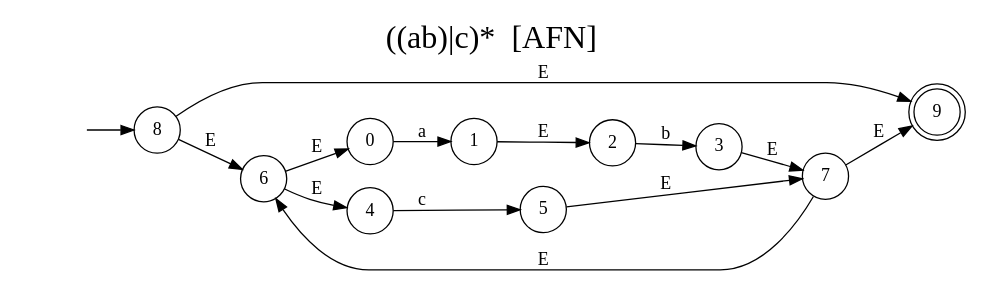
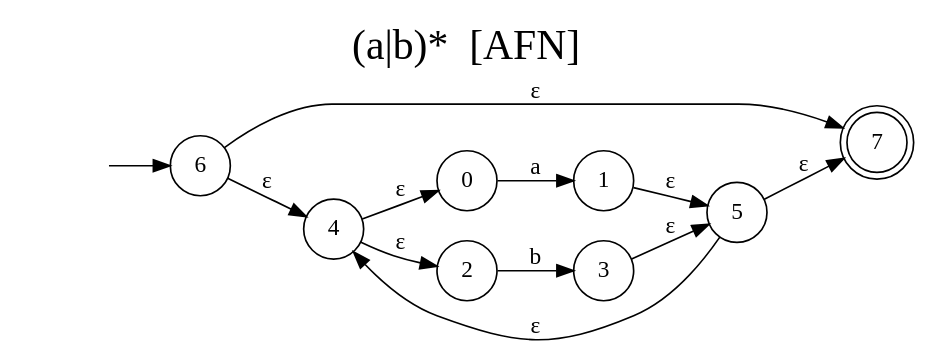
The diagram in docs/automataAFN.dot (CrisLayB/ProgrammingLanguageDesign), drawn with Graphviz before and after one commit. The commit also changed 12 other files, not shown here.

```diff
--- a/docs/automataAFN.dot
+++ b/docs/automataAFN.dot
@@ -1,26 +1,24 @@
 digraph "Resultado Automata AFN" {
-label = "((ab)|c)*  [AFN]"
+label = "(a|b)*  [AFN]"
 labelloc  =  t
 fontsize  = 25
 rankdir=LR size="8,5"
 node [shape=doublecircle]
-9
+7
 node [shape=circle]
-8
+6
 node [shape=none]
 ""
-""-> 8 [label=""]
+""-> 6 [label=""]
 node [shape=circle]
 0 -> 1[label="a"]
 2 -> 3[label="b"]
-1 -> 2[label="E"]
-4 -> 5[label="c"]
-6 -> 0[label="E"]
-6 -> 4[label="E"]
-3 -> 7[label="E"]
-5 -> 7[label="E"]
-7 -> 6[label="E"]
-8 -> 9[label="E"]
-8 -> 6[label="E"]
-7 -> 9[label="E"]
+4 -> 0[label="ε"]
+4 -> 2[label="ε"]
+1 -> 5[label="ε"]
+3 -> 5[label="ε"]
+5 -> 4[label="ε"]
+6 -> 7[label="ε"]
+6 -> 4[label="ε"]
+5 -> 7[label="ε"]
 }
```
